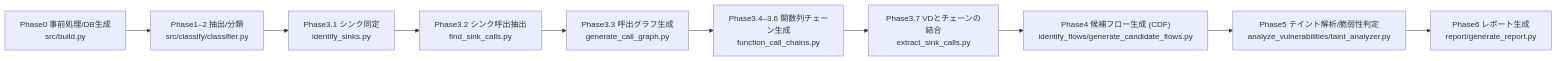
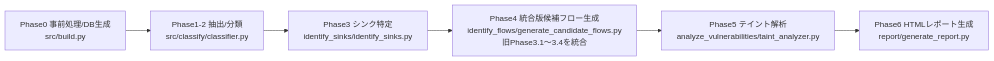
Before and after one commit to ta-061/tee-flow-inspector: the first of 2 diagrams in Document/System_README.md, drawn with Mermaid. The commit also changed other lines of this file and 1 other file, not shown here.

````diff
--- a/Document/System_README.md
+++ b/Document/System_README.md
@@ -11,12 +13,8 @@
-  ```mermaid
-  flowchart LR
-    A["Phase0 事前処理/DB生成\nsrc/build.py"] --> B1["Phase1–2 抽出/分類\nsrc/classify/classifier.py"]
-    B1 --> C1["Phase3.1 シンク同定\nidentify_sinks.py"]
-    C1 --> C2["Phase3.2 シンク呼出抽出\nfind_sink_calls.py"]
-    C2 --> C3["Phase3.3 呼出グラフ生成\ngenerate_call_graph.py"]
-    C3 --> C4["Phase3.4–3.6 関数列チェーン生成\nfunction_call_chains.py"]
-    C4 --> C5["Phase3.7 VDとチェーンの結合\nextract_sink_calls.py"]
-    C5 --> D["Phase4 候補フロー生成 (CDF)\nidentify_flows/generate_candidate_flows.py"]
-    D --> E["Phase5 テイント解析/脆弱性判定\nanalyze_vulnerabilities/taint_analyzer.py"]
-    E --> F["Phase6 レポート生成\nreport/generate_report.py"]
-  ```
+```mermaid
+flowchart LR
+    A["Phase0 事前処理/DB生成<br/>src/build.py"] --> B["Phase1-2 抽出/分類<br/>src/classify/classifier.py"]
+    B --> C["Phase3 シンク特定<br/>identify_sinks/identify_sinks.py"]
+    C --> D["Phase4 統合版候補フロー生成<br/>identify_flows/generate_candidate_flows.py<br/>旧Phase3.1～3.4を統合"]
+    D --> E["Phase5 テイント解析<br/>analyze_vulnerabilities/taint_analyzer.py"]
+    E --> F["Phase6 HTMLレポート生成<br/>report/generate_report.py"]
+```
````
